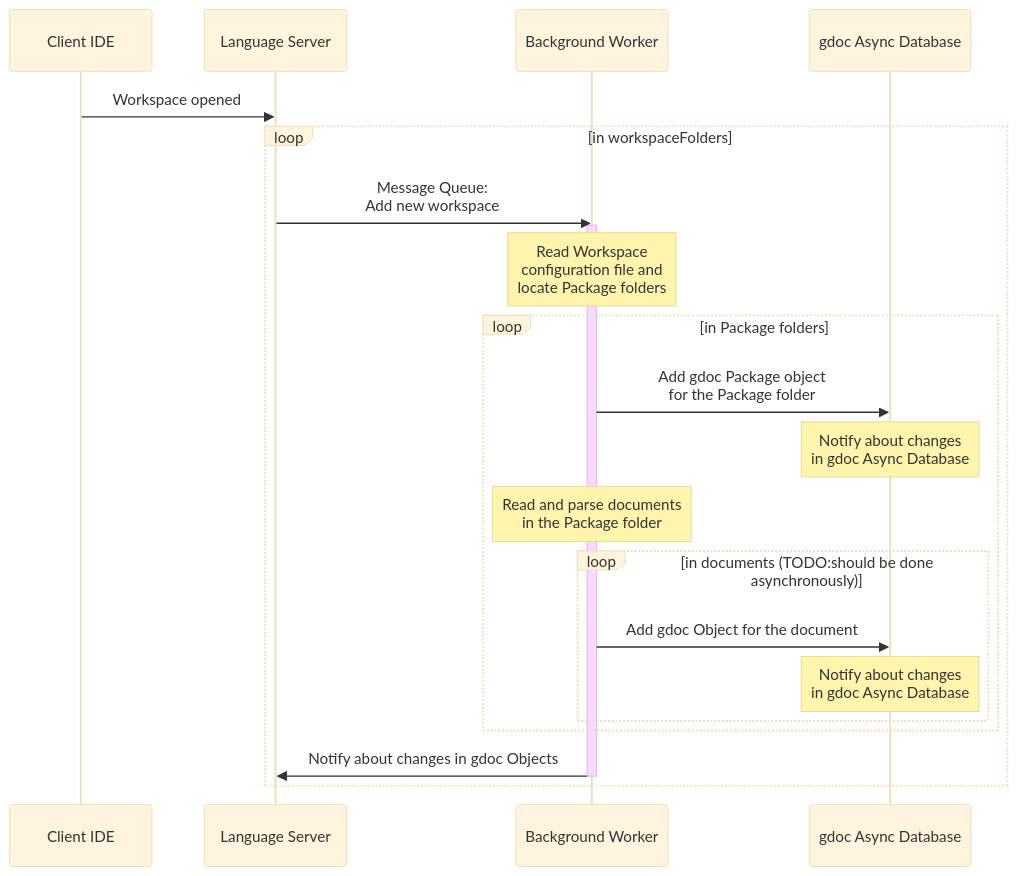
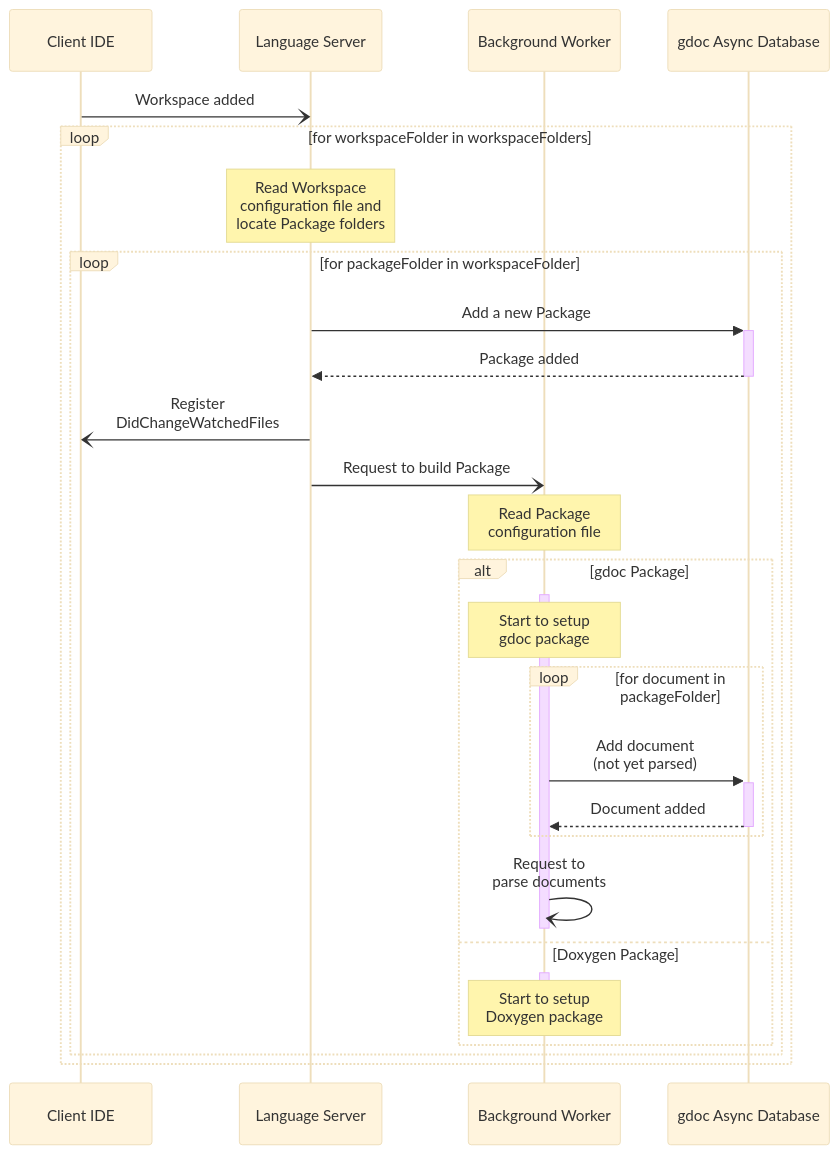
The first of 2 diagrams in docs/ArchitecturalDesign/gdocServer/LanguageServer.md (tyskdm/gdoc), drawn with Mermaid (base theme) before and after one commit. The commit also changed other lines of this file, not shown here.

Commit message:
docs: enhance Language Server documentation with triggering events and sequence for opening workspace

````diff
--- a/docs/ArchitecturalDesign/gdocServer/LanguageServer.md
+++ b/docs/ArchitecturalDesign/gdocServer/LanguageServer.md
@@ -121,25 +125,33 @@
 ```mermaid
 sequenceDiagram
   participant IDE as Client IDE
   participant LS as Language Server
   participant Worker as Background Worker
   participant DB as gdoc Async Database
 
-  IDE->>LS: Workspace opened
-  Loop in workspaceFolders
-    LS->>Worker: Message Queue:<br>Add new workspace
-    Activate Worker
-    Note over Worker: Read Workspace<br>configuration file and<br>locate Package folders
-    Loop in Package folders
-      Worker->>DB: Add gdoc Package object<br>for the Package folder
-      Note over DB: Notify about changes<br>in gdoc Async Database
-      Note over Worker: Read and parse documents<br>in the Package folder
-      Loop in documents (TODO:should be done asynchronously)
-        Worker->>DB: Add gdoc Object for the document
-        Note over DB: Notify about changes<br>in gdoc Async Database
+  IDE -) LS: Workspace added
+  Loop for workspaceFolder in workspaceFolders
+    Note over LS: Read Workspace<br>configuration file and<br>locate Package folders
+    Loop for packageFolder in workspaceFolder
+      LS ->> +DB: Add a new Package
+      DB -->> -LS: Package added
+      LS -) IDE: Register<br>DidChangeWatchedFiles
+      LS -) Worker: Request to build Package
+      Note over Worker: Read Package<br>configuration file
+      alt gdoc Package
+        activate Worker
+        Note over Worker: Start to setup<br>gdoc package
+        Loop for document in packageFolder
+          Worker ->> +DB: Add document<br>(not yet parsed)
+          DB -->> -Worker: Document added
+        end
+        Worker -) Worker: Request to<br>parse documents
+        deactivate Worker
+      else Doxygen Package
+        activate Worker
+        Note over Worker: Start to setup<br>Doxygen package
+        deactivate Worker
       end
     end
-    Worker->>LS: Notify about changes in gdoc Objects
-    deactivate Worker
   end
 ```
````
